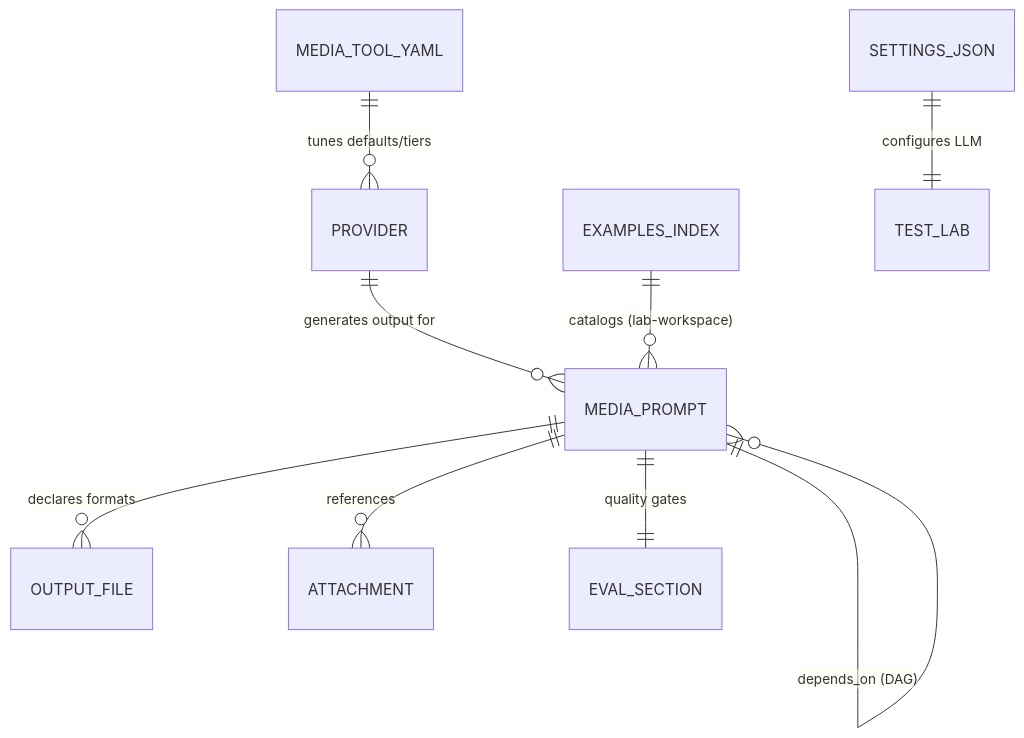
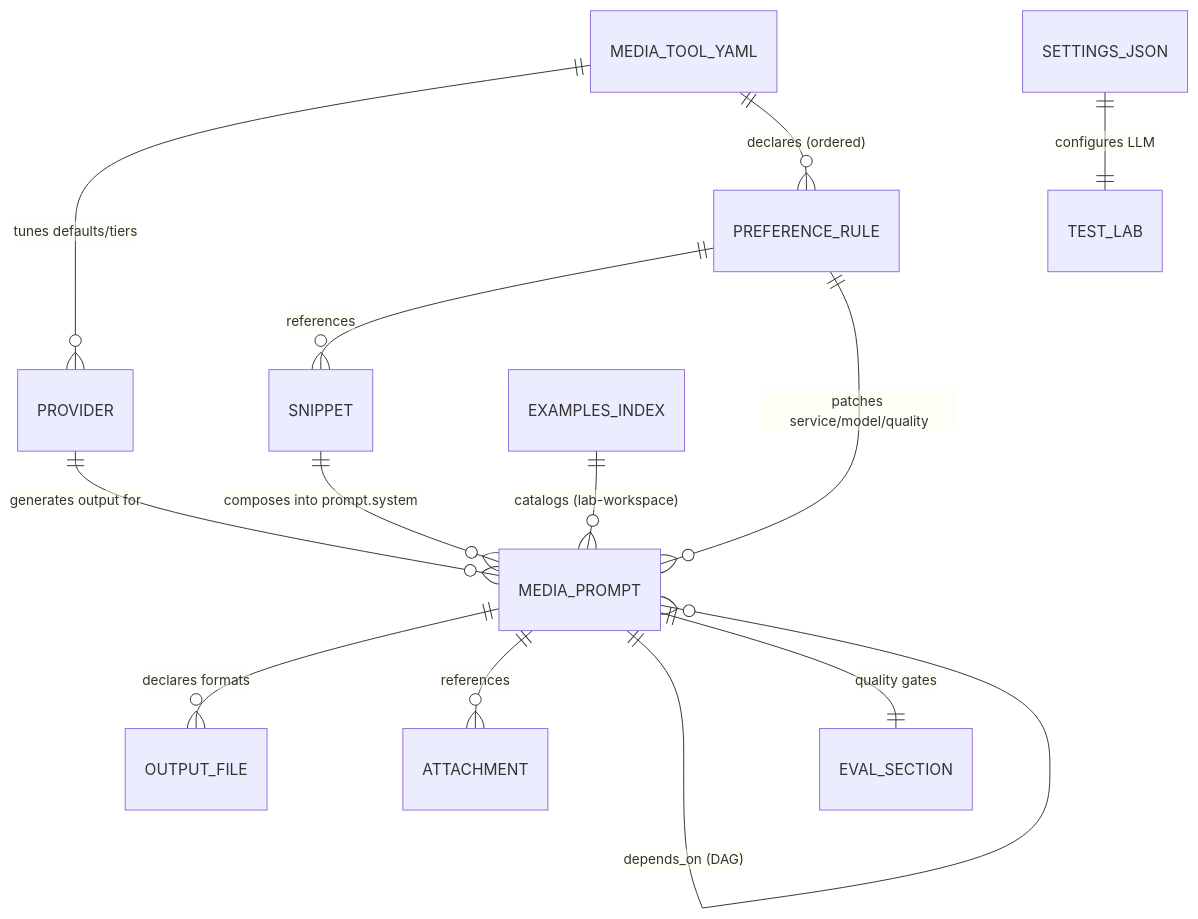
One commit to the-robot-lives/media-tools changed the first of 2 diagrams in docs/PROJ-SCHEMA.md. Above: the diagram before and after it, drawn with Mermaid. The commit also changed other lines of this file and 9 other files, not shown here.

First line of the commit message:
docs: doc-sweep 2026-10-26 (layout/arch/schema/threat-model)

````diff
--- a/docs/PROJ-SCHEMA.md
+++ b/docs/PROJ-SCHEMA.md
@@ -248,11 +266,15 @@
 ```mermaid
 erDiagram
     MEDIA_TOOL_YAML ||--o{ PROVIDER : "tunes defaults/tiers"
+    MEDIA_TOOL_YAML ||--o{ PREFERENCE_RULE : "declares (ordered)"
+    PREFERENCE_RULE ||--o{ SNIPPET : "references"
+    PREFERENCE_RULE ||--o{ MEDIA_PROMPT : "patches service/model/quality"
+    SNIPPET ||--o{ MEDIA_PROMPT : "composes into prompt.system"
     PROVIDER ||--o{ MEDIA_PROMPT : "generates output for"
     MEDIA_PROMPT ||--o{ OUTPUT_FILE : "declares formats"
     MEDIA_PROMPT ||--o{ ATTACHMENT : "references"
     MEDIA_PROMPT ||--o{ MEDIA_PROMPT : "depends_on (DAG)"
     MEDIA_PROMPT ||--|| EVAL_SECTION : "quality gates"
     EXAMPLES_INDEX ||--o{ MEDIA_PROMPT : "catalogs (lab-workspace)"
     SETTINGS_JSON ||--|| TEST_LAB : "configures LLM"
 ```
````
